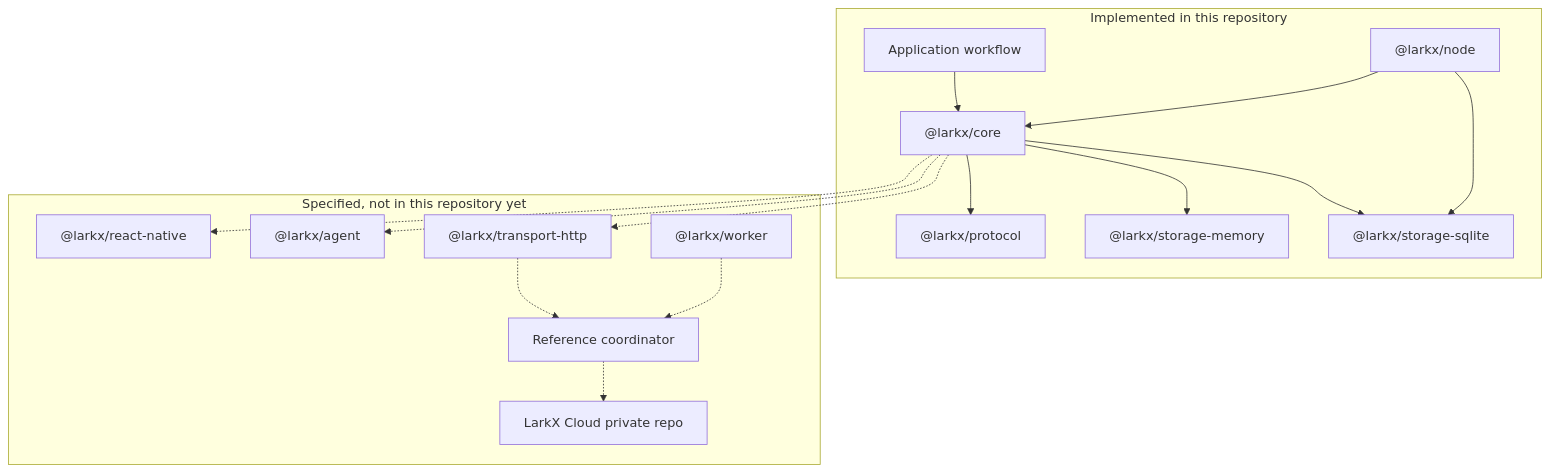
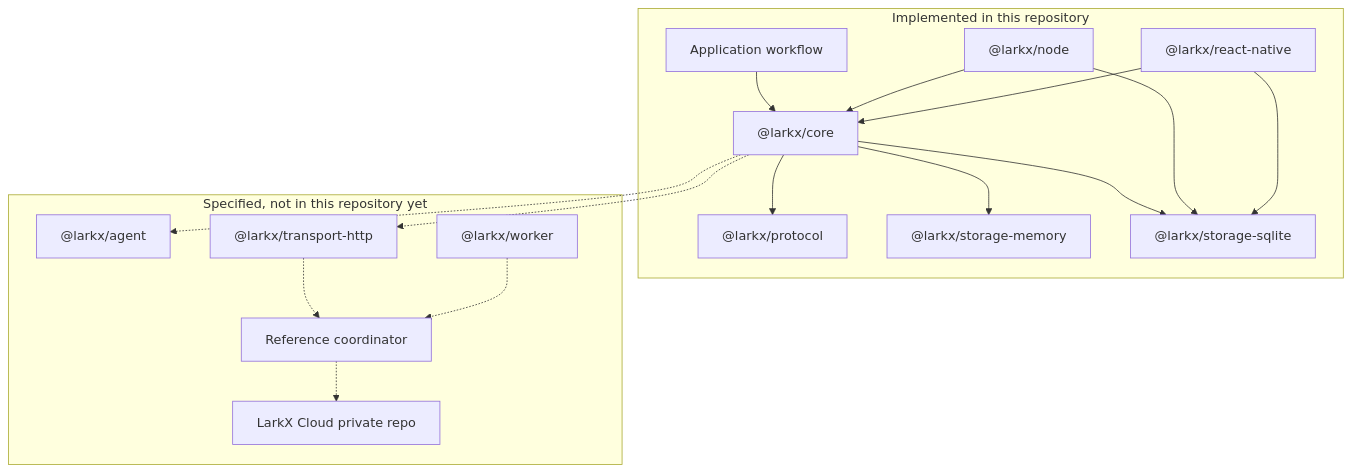
Before and after one commit to larkxai/larkx: the diagram in README.md, drawn with Mermaid. The commit also changed other lines of this file and 47 other files, not shown here.

First line of the commit message:
Add the React Native runtime on the existing engine.

````diff
--- a/README.md
+++ b/README.md
@@ -148,33 +148,34 @@
 ```mermaid
 flowchart TB
   subgraph implemented [Implemented in this repository]
     app[Application workflow]
     core["@larkx/core"]
     protocol["@larkx/protocol"]
     memory["@larkx/storage-memory"]
     sqlite["@larkx/storage-sqlite"]
     node["@larkx/node"]
+    rn["@larkx/react-native"]
     app --> core
     core --> protocol
     core --> memory
     core --> sqlite
     node --> sqlite
     node --> core
+    rn --> sqlite
+    rn --> core
   end
 
   subgraph later [Specified, not in this repository yet]
-    rn["@larkx/react-native"]
     agent["@larkx/agent"]
     transport["@larkx/transport-http"]
     worker["@larkx/worker"]
     coordinator[Reference coordinator]
     cloud[LarkX Cloud private repo]
   end
 
   core -.-> agent
-  core -.-> rn
   core -.-> transport
   transport -.-> coordinator
   worker -.-> coordinator
   coordinator -.-> cloud
 ```
````
